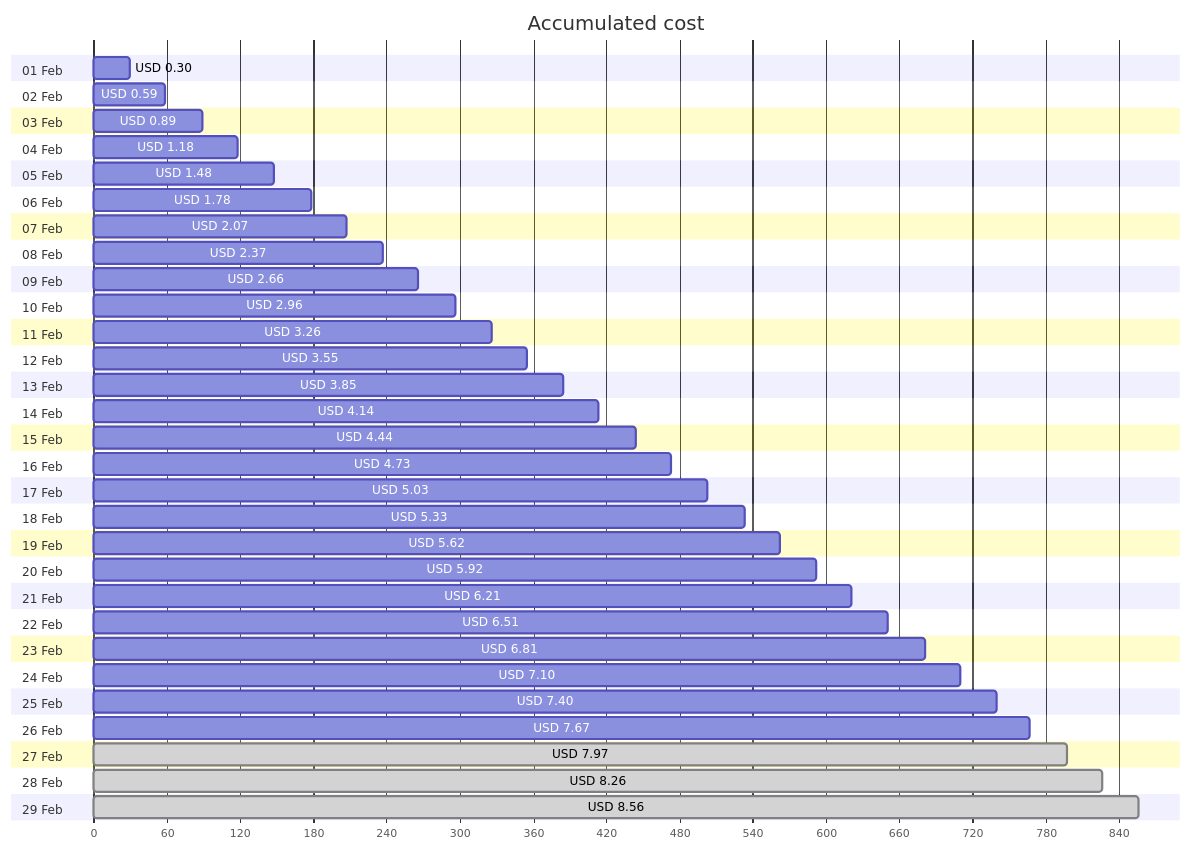
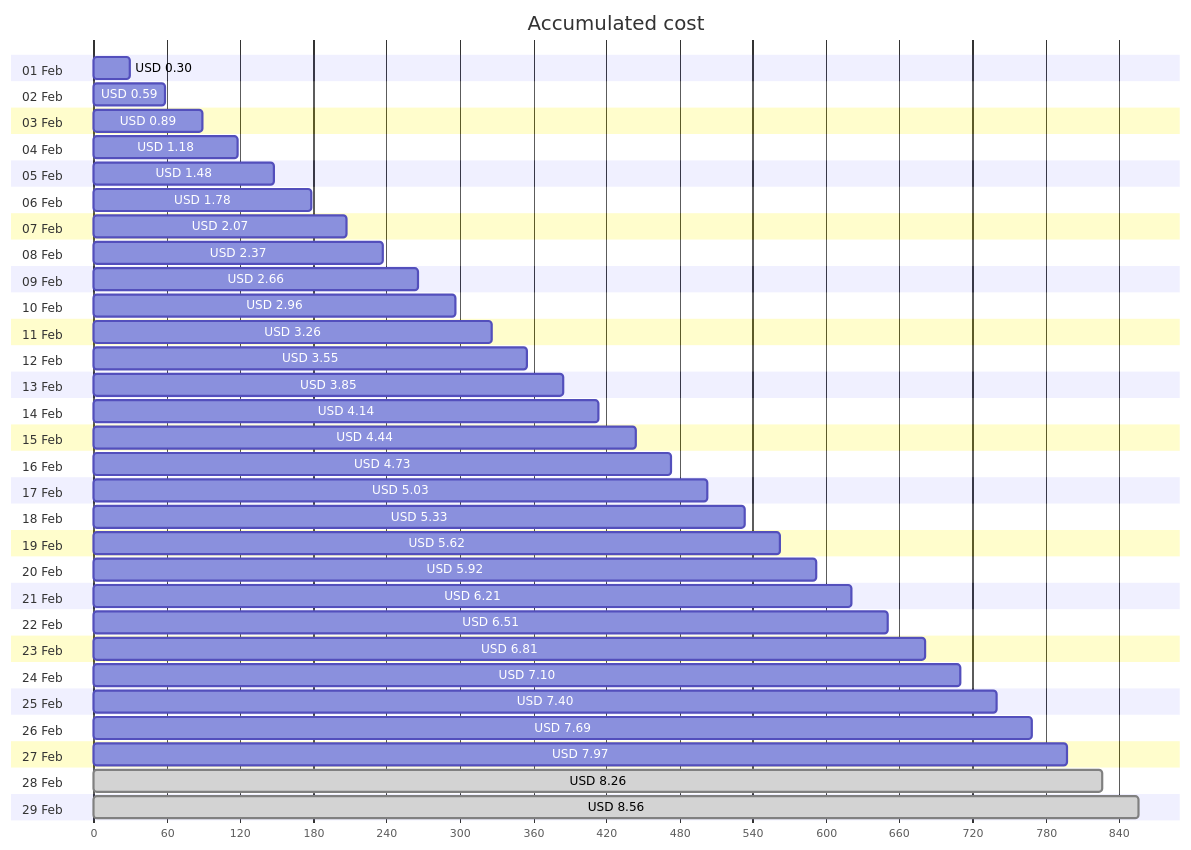
Before and after one commit to jpfulton/azure-personal-reports: the first of 4 diagrams in cost-reports/personal-site/personal-site-preview.md, drawn with Mermaid. The commit also changed other lines of this file and 6 other files, not shown here.

````diff
--- a/cost-reports/personal-site/personal-site-preview.md
+++ b/cost-reports/personal-site/personal-site-preview.md
@@ -20,64 +20,64 @@
 ```mermaid
 gantt
    title Accumulated cost
    dateFormat  X
    axisFormat %s
    section 01 Feb
    USD 0.30 :0, 30
    section 02 Feb
    USD 0.59 :0, 59
    section 03 Feb
    USD 0.89 :0, 89
    section 04 Feb
    USD 1.18 :0, 118
    section 05 Feb
    USD 1.48 :0, 148
    section 06 Feb
    USD 1.78 :0, 178
    section 07 Feb
    USD 2.07 :0, 207
    section 08 Feb
    USD 2.37 :0, 237
    section 09 Feb
    USD 2.66 :0, 266
    section 10 Feb
    USD 2.96 :0, 296
    section 11 Feb
    USD 3.26 :0, 326
    section 12 Feb
    USD 3.55 :0, 355
    section 13 Feb
    USD 3.85 :0, 385
    section 14 Feb
    USD 4.14 :0, 414
    section 15 Feb
    USD 4.44 :0, 444
    section 16 Feb
    USD 4.73 :0, 473
    section 17 Feb
    USD 5.03 :0, 503
    section 18 Feb
    USD 5.33 :0, 533
    section 19 Feb
    USD 5.62 :0, 562
    section 20 Feb
    USD 5.92 :0, 592
    section 21 Feb
    USD 6.21 :0, 621
    section 22 Feb
    USD 6.51 :0, 651
    section 23 Feb
    USD 6.81 :0, 681
    section 24 Feb
    USD 7.10 :0, 710
    section 25 Feb
    USD 7.40 :0, 740
    section 26 Feb
-   USD 7.67 :0, 767
+   USD 7.69 :0, 769
    section 27 Feb
-   USD 7.97 : done, 0, 797
+   USD 7.97 :0, 797
    section 28 Feb
    USD 8.26 : done, 0, 826
    section 29 Feb
    USD 8.56 : done, 0, 856
 ```
````
